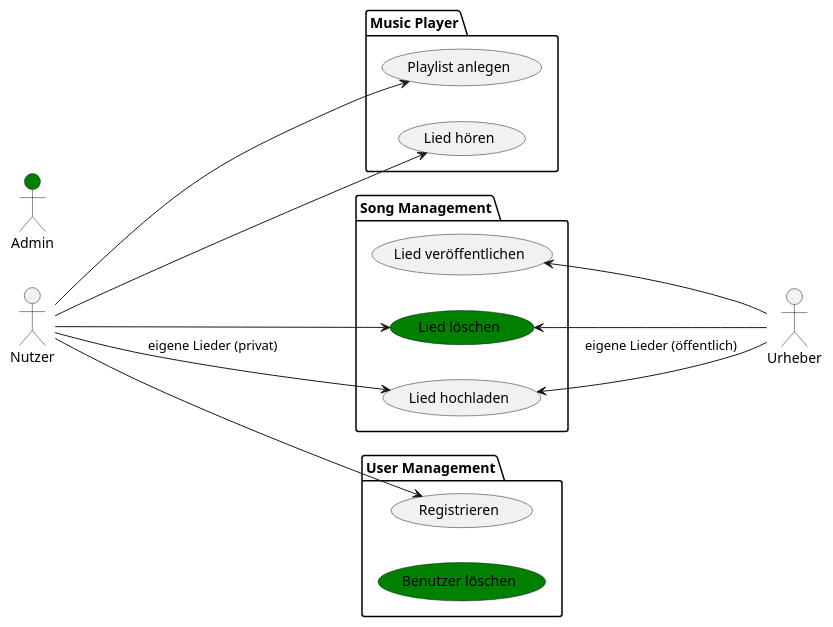
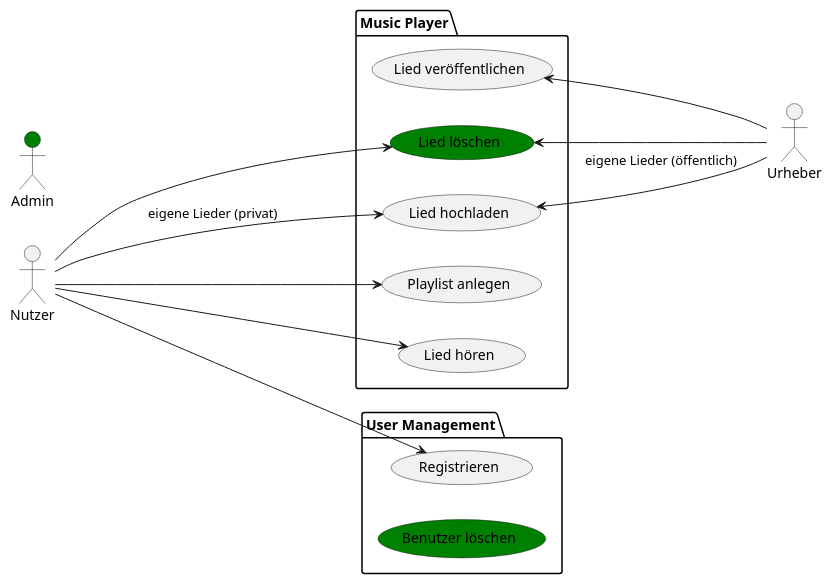
The diagram in README.adoc (buster/acmemusic), drawn with PlantUML before and after one commit. The commit also changed other lines of this file and 72 other files, not shown here.

```diff
--- a/README.adoc
+++ b/README.adoc
@@ -59,38 +63,35 @@
 [plantuml, format=svg, opts="inline"]
 ....
 
 left to right direction
 
 actor Nutzer
 actor Urheber
 
 package "Music Player" {
   usecase "Playlist anlegen"
   usecase "Lied hören"
-}
-
-package "Song Management" {
   usecase "Lied hochladen"
   usecase "Lied veröffentlichen"
   usecase "Lied löschen" #green
 }
 
 package "User Management" {
   usecase "Registrieren"
   usecase "Benutzer löschen" #green
 }
 
 Nutzer ----> "Registrieren"
 Nutzer ----> "Lied hochladen" : eigene Lieder (privat)
 Nutzer ----> "Playlist anlegen"
 Nutzer ----> "Lied hören"
 Nutzer ----> "Lied löschen"
 
 Urheber -u-> "Lied hochladen" : eigene Lieder (öffentlich)
 Urheber -u-> "Lied löschen"
 Urheber -u-> "Lied veröffentlichen"
 
 actor Admin #green
 'Admin --> "Benutzer löschen"
 'Admin --> "Lied löschen"
 ....
```
